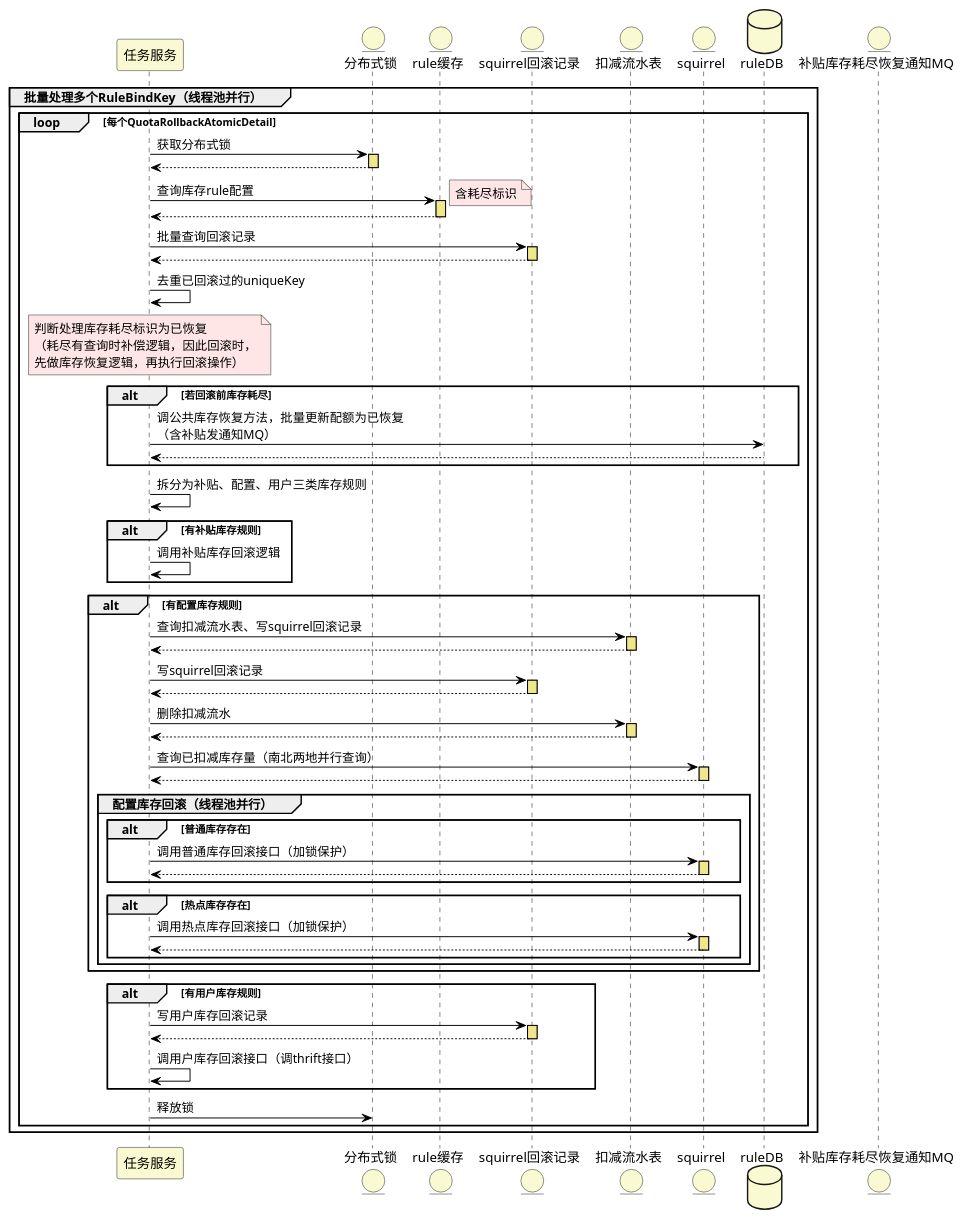
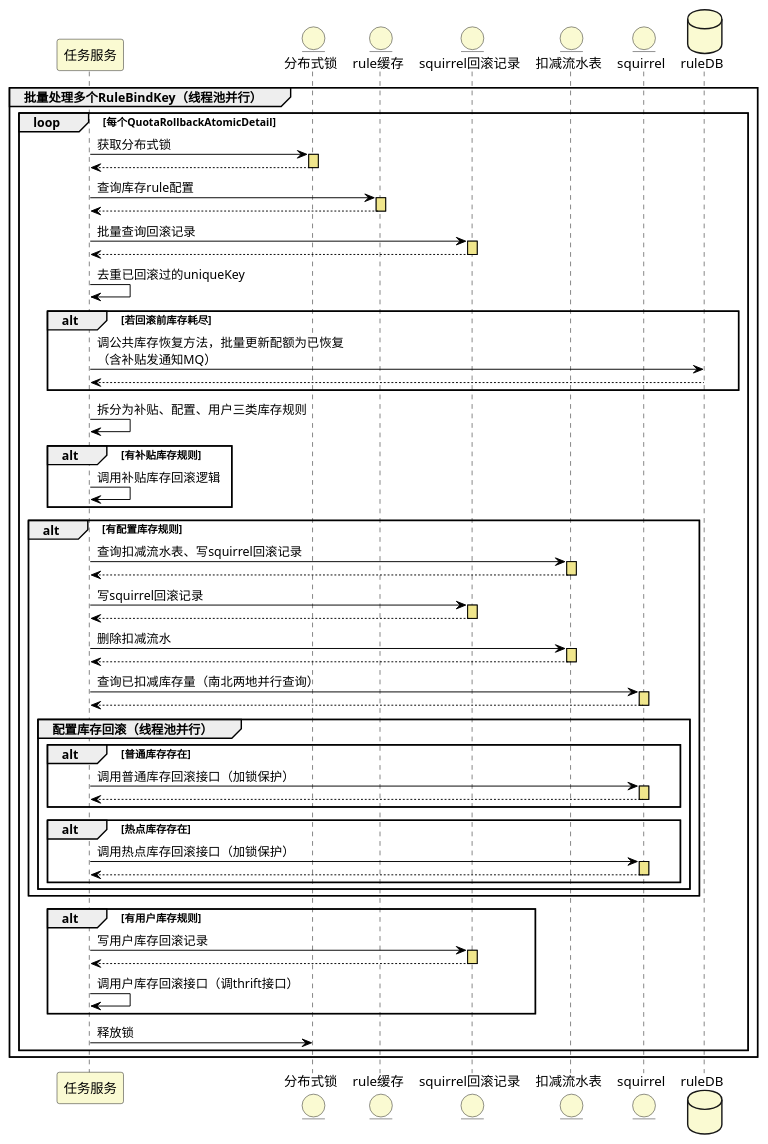
One commit to zhangbotong/mt-plantuml changed the diagram in src/coupon/new/Rollback.puml. Above: the diagram before and after it, drawn with PlantUML. The commit also changed 10 other files, not shown here.

```diff
--- a/src/coupon/new/Rollback.puml
+++ b/src/coupon/new/Rollback.puml
@@ -1,91 +1,91 @@
 @startuml
 skinparam DatabaseBackgroundColor lightgoldenrodyellow
 skinparam EntityBackgroundColor lightgoldenrodyellow
 skinparam sequence {
     ArrowColor black
     LifeLineBorderColor black
     LifeLineBackgroundColor khaki
     ParticipantBackgroundColor lightgoldenrodyellow
 }
 
 skinparam note {
     BackgroundColor #FFE6E6
 }
 
 participant 任务服务 as TS
 entity 分布式锁 as DL
 entity rule缓存 as RC
 entity squirrel回滚记录 as RRT
 entity 扣减流水表 as DFT
 entity squirrel as SQ
 database ruleDB as rdb
-entity 补贴库存耗尽恢复通知MQ as SMQ
+'entity 补贴库存耗尽恢复通知MQ as SMQ
 
 
 group 批量处理多个RuleBindKey（线程池并行）
     loop 每个QuotaRollbackAtomicDetail
         TS -> DL++: 获取分布式锁
         return
 
         TS -> RC++: 查询库存rule配置
-        note right: 含耗尽标识
+'        note right: 含耗尽标识
         return
 
         TS -> RRT++: 批量查询回滚记录
         return
 
         TS -> TS: 去重已回滚过的uniqueKey
 
-        note over TS: 判断处理库存耗尽标识为已恢复\n（耗尽有查询时补偿逻辑，因此回滚时，\n先做库存恢复逻辑，再执行回滚操作）
+'        note over TS: 判断处理库存耗尽标识为已恢复\n（耗尽有查询时补偿逻辑，因此回滚时，\n先做库存恢复逻辑，再执行回滚操作）
         alt 若回滚前库存耗尽
             TS -> rdb: 调公共库存恢复方法，批量更新配额为已恢复\n（含补贴发通知MQ）
             return
 '            alt #E6FFE6 若是补贴库存
 '                TS -> SMQ: 发送MQ通知补贴库存【**恢复**】
 '            end
         end
 
         TS -> TS: 拆分为补贴、配置、用户三类库存规则
 
         alt 有补贴库存规则
             TS -> TS: 调用补贴库存回滚逻辑
         end
 
         alt 有配置库存规则
             TS -> DFT++: 查询扣减流水表、写squirrel回滚记录
             return
 
             TS -> RRT++: 写squirrel回滚记录
             return
 
             TS -> DFT++: 删除扣减流水
             return
 
             TS -> SQ++: 查询已扣减库存量（南北两地并行查询）
             return
 
             group 配置库存回滚（线程池并行）
                 alt 普通库存存在
                     TS -> SQ++: 调用普通库存回滚接口（加锁保护）
                     return
                 end
 
                 alt 热点库存存在
                     TS -> SQ++: 调用热点库存回滚接口（加锁保护）
                     return
                 end
             end
         end
 
         alt 有用户库存规则
             TS -> RRT++: 写用户库存回滚记录
             return
 
             TS -> TS: 调用户库存回滚接口（调thrift接口）
         end
 
         TS -> DL: 释放锁
     end
 end
 
 @enduml
```
